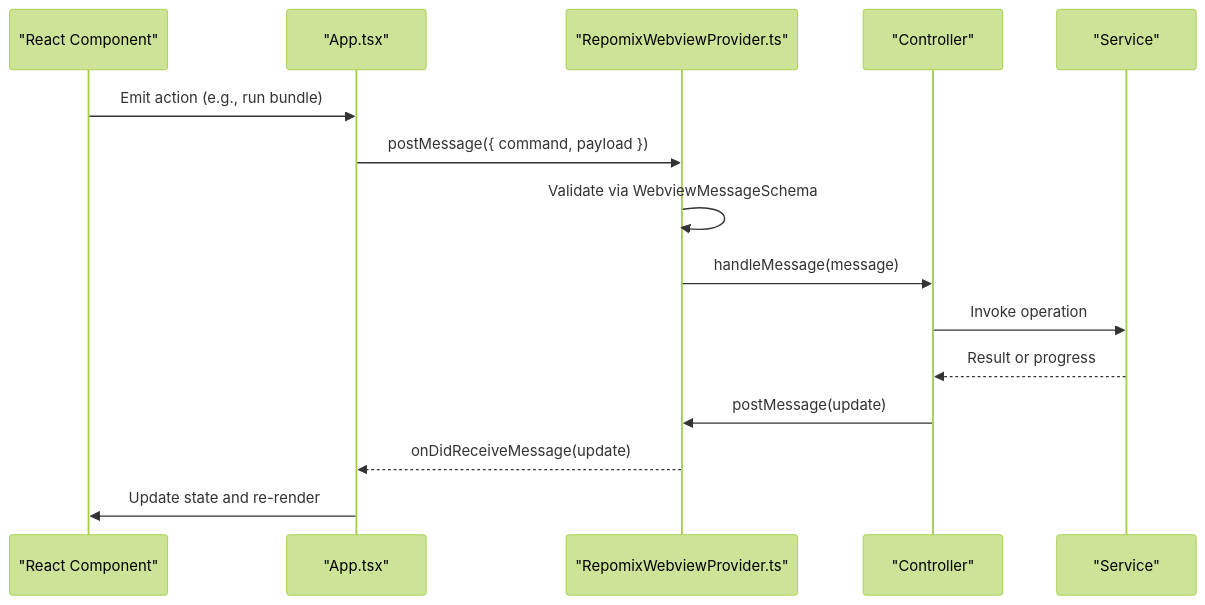
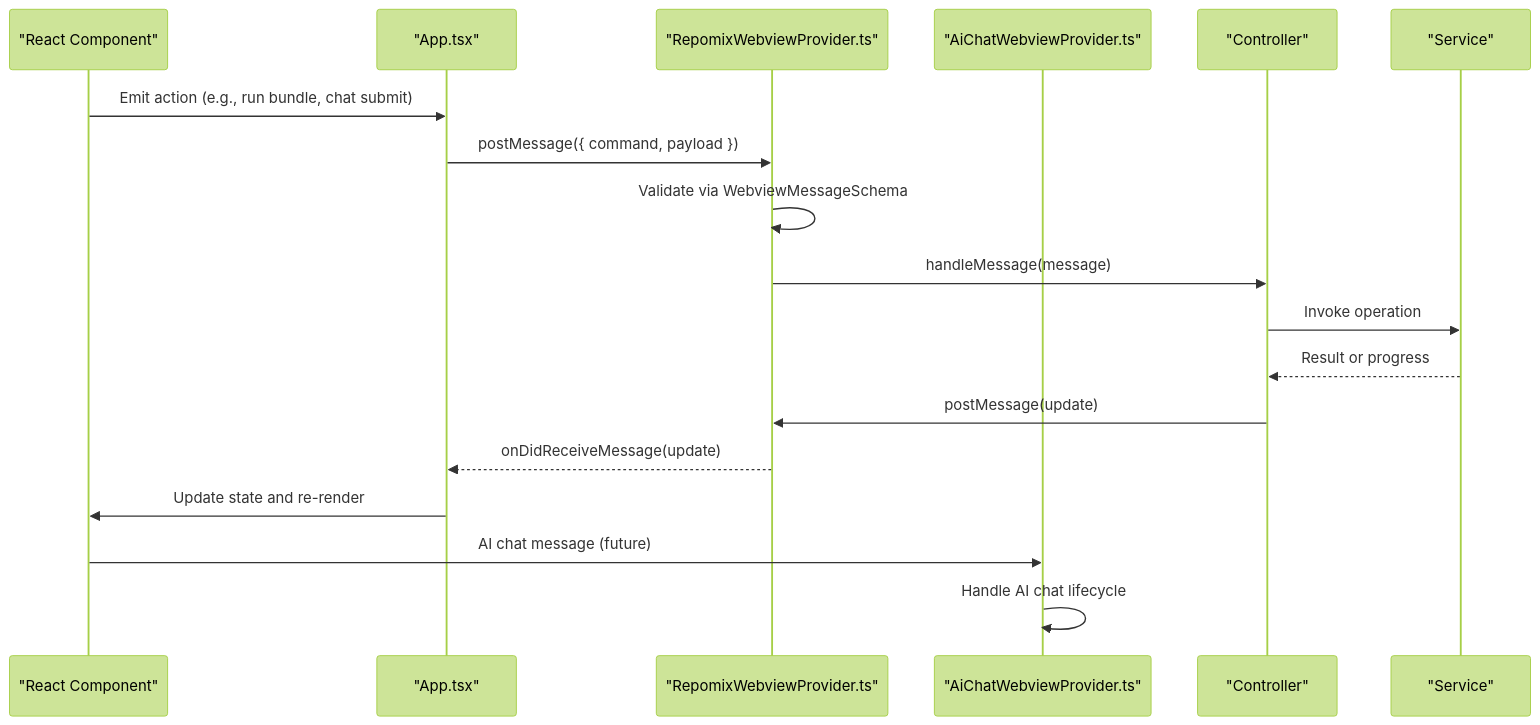
The second of 10 diagrams in .qoder/repowiki/en/content/Webview Interface/Webview Interface.md (bramburn/repomix-runner), drawn with Mermaid (forest theme) before and after one commit. The commit also changed other lines of this file and 19 other files, not shown here.

````diff
--- a/.qoder/repowiki/en/content/Webview Interface/Webview Interface.md
+++ b/.qoder/repowiki/en/content/Webview Interface/Webview Interface.md
@@ -160,17 +217,20 @@
 ```mermaid
 sequenceDiagram
 participant UI as "React Component"
 participant APP as "App.tsx"
 participant RPV as "RepomixWebviewProvider.ts"
+participant AICHPV as "AiChatWebviewProvider.ts"
 participant CTRL as "Controller"
 participant SVC as "Service"
-UI->>APP : Emit action (e.g., run bundle)
+UI->>APP : Emit action (e.g., run bundle, chat submit)
 APP->>RPV : postMessage({ command, payload })
 RPV->>RPV : Validate via WebviewMessageSchema
 RPV->>CTRL : handleMessage(message)
 CTRL->>SVC : Invoke operation
 SVC-->>CTRL : Result or progress
 CTRL->>RPV : postMessage(update)
 RPV-->>APP : onDidReceiveMessage(update)
 APP->>UI : Update state and re-render
+UI->>AICHPV : AI chat message (future)
+AICHPV->>AICHPV : Handle AI chat lifecycle
 ```
````
